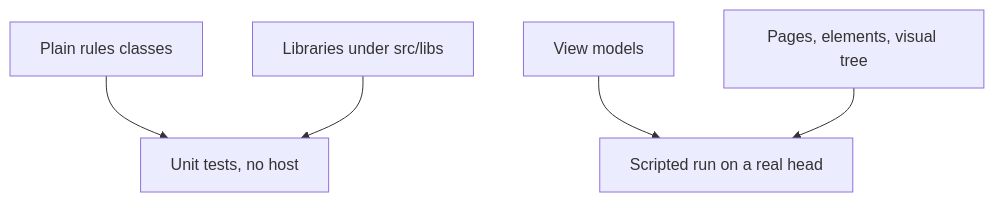
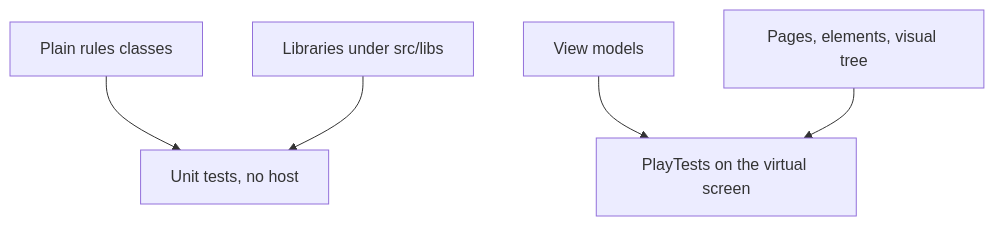
One commit to ellisnet/CodeBrix changed the diagram in docs/platform/10-testing-your-application.md. Above: the diagram before and after it, drawn with Mermaid. The commit also changed other lines of this file and 100 other files, not shown here.

````diff
--- a/docs/platform/10-testing-your-application.md
+++ b/docs/platform/10-testing-your-application.md
@@ -13,7 +13,7 @@
 ```mermaid
 flowchart TB
   Rules[Plain rules classes] --> Unit[Unit tests, no host]
   Libs[Libraries under src/libs] --> Unit
-  VM[View models] --> Script[Scripted run on a real head]
-  Page[Pages, elements, visual tree] --> Script
+  VM[View models] --> PT[PlayTests on the virtual screen]
+  Page[Pages, elements, visual tree] --> PT
 ```
````
